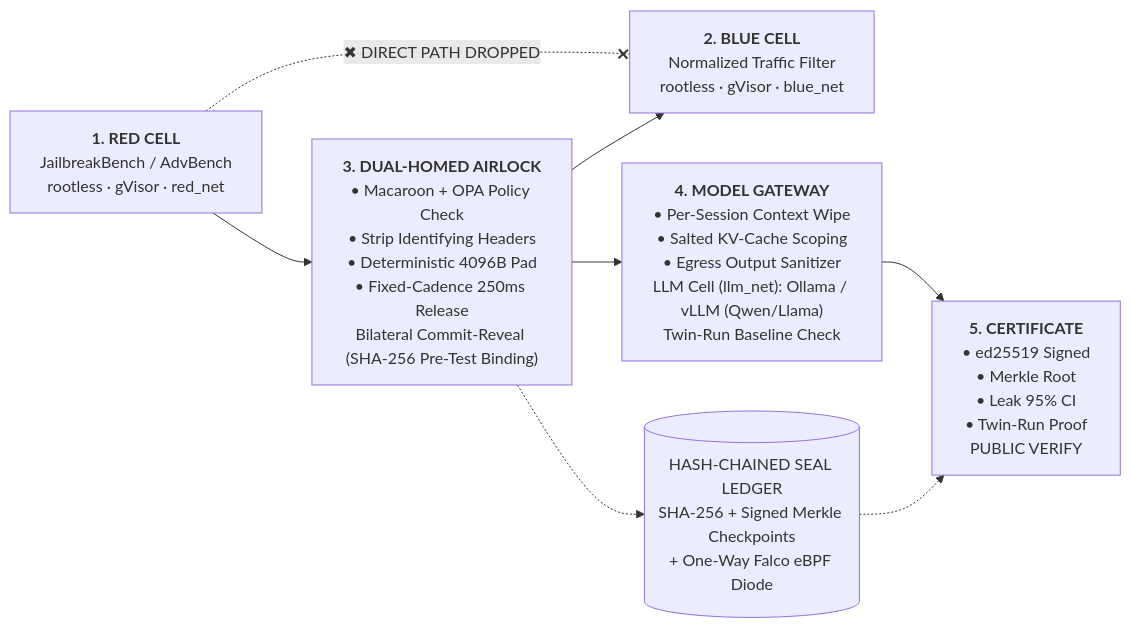
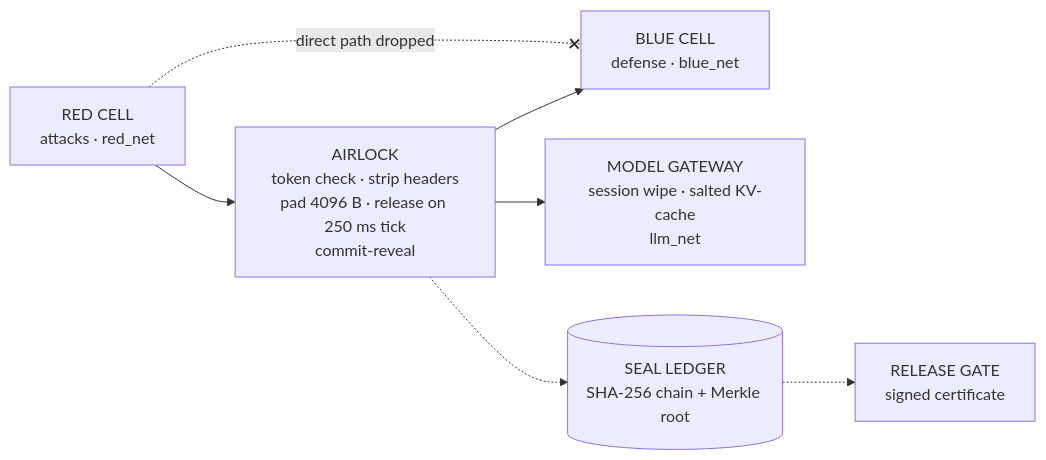
The diagram in README.md (Anand2k29/TriSeal), drawn with Mermaid before and after one commit. The commit also changed other lines of this file and 43 other files, not shown here.

````diff
--- a/README.md
+++ b/README.md
@@ -32,17 +137,16 @@
 ```mermaid
 flowchart LR
-    RED["<b>1. RED CELL</b><br/>JailbreakBench / AdvBench<br/>rootless · gVisor · red_net"]
-    BLUE["<b>2. BLUE CELL</b><br/>Normalized Traffic Filter<br/>rootless · gVisor · blue_net"]
-    AIR["<b>3. DUAL-HOMED AIRLOCK</b><br/>• Macaroon + OPA Policy Check<br/>• Strip Identifying Headers<br/>• Deterministic 4096B Pad<br/>• Fixed-Cadence 250ms Release<br/>Bilateral Commit-Reveal (SHA-256 Pre-Test Binding)"]
-    GW["<b>4. MODEL GATEWAY</b><br/>• Per-Session Context Wipe<br/>• Salted KV-Cache Scoping<br/>• Egress Output Sanitizer<br/>LLM Cell (llm_net): Ollama / vLLM (Qwen/Llama)<br/>Twin-Run Baseline Check"]
-    CERT["<b>5. CERTIFICATE</b><br/>• ed25519 Signed<br/>• Merkle Root<br/>• Leak 95% CI<br/>• Twin-Run Proof<br/>PUBLIC VERIFY"]
-    LEDGER[("HASH-CHAINED SEAL LEDGER<br/>SHA-256 + Signed Merkle Checkpoints<br/>+ One-Way Falco eBPF Diode")]
+    RED["RED CELL<br/>attacks · red_net"]
+    BLUE["BLUE CELL<br/>defense · blue_net"]
+    AIR["AIRLOCK<br/>token check · strip headers<br/>pad 4096 B · release on 250 ms tick<br/>commit-reveal"]
+    GW["MODEL GATEWAY<br/>session wipe · salted KV-cache<br/>llm_net"]
+    LEDGER[("SEAL LEDGER<br/>SHA-256 chain + Merkle root")]
+    GATE["RELEASE GATE<br/>signed certificate"]
 
     RED --> AIR
-    RED -. "✖ DIRECT PATH DROPPED" .-x BLUE
+    RED -. "direct path dropped" .-x BLUE
     AIR --> BLUE
     AIR --> GW
-    GW --> CERT
     AIR -.-> LEDGER
-    LEDGER -.-> CERT
+    LEDGER -.-> GATE
 ```
````
